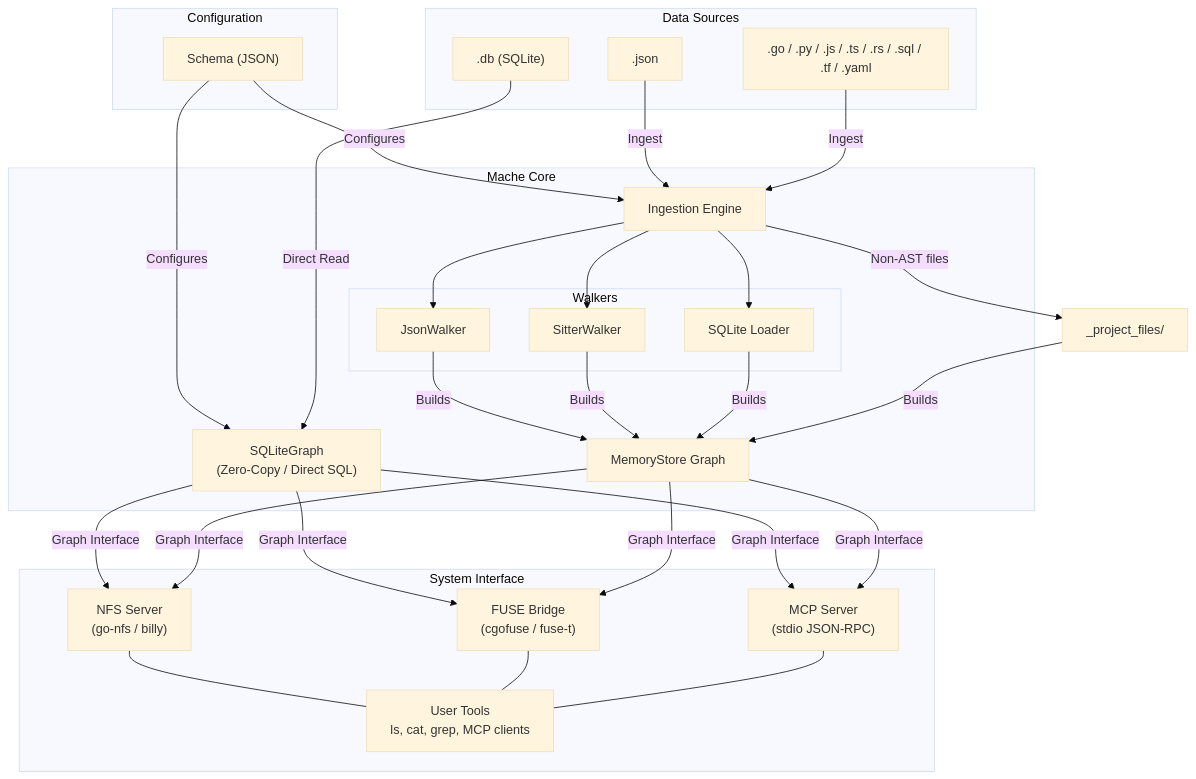
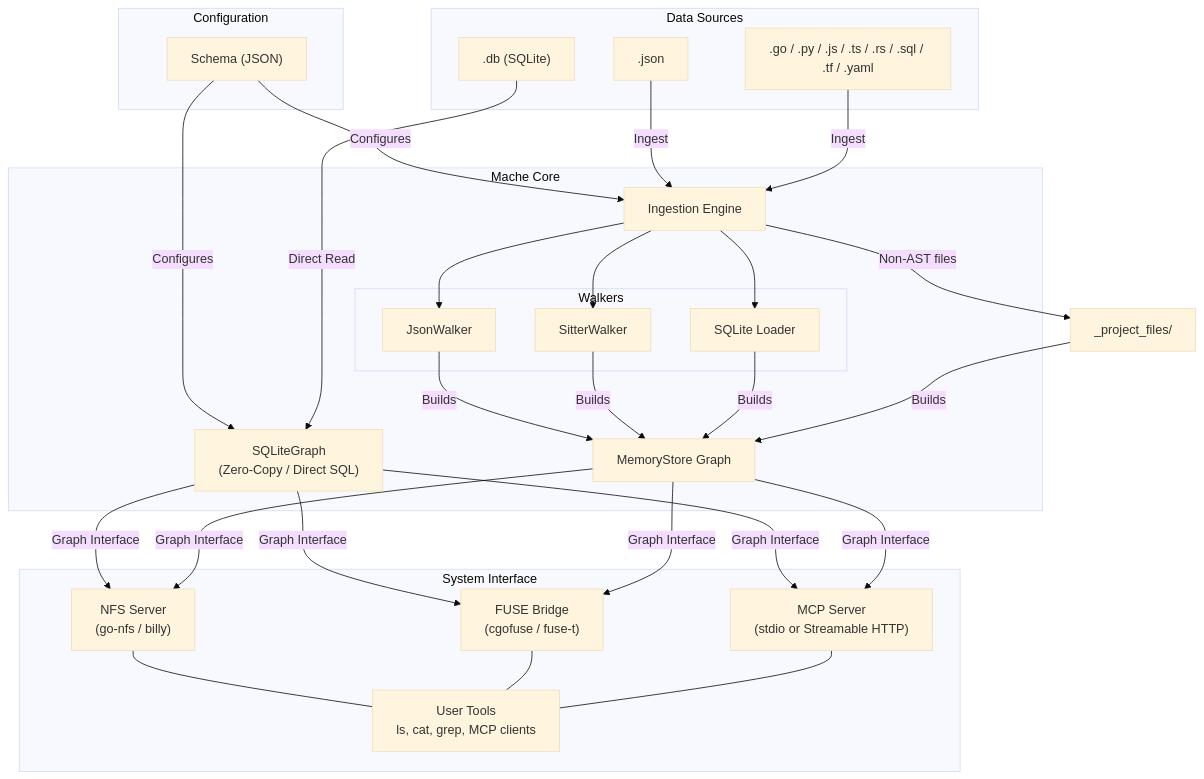
The diagram in docs/ARCHITECTURE.md (agentic-research/mache), drawn with Mermaid (base theme) before and after one commit. The commit also changed other lines of this file and 3 other files, not shown here.

First line of the commit message:
feat: make Streamable HTTP the default MCP transport (#84)

````diff
--- a/docs/ARCHITECTURE.md
+++ b/docs/ARCHITECTURE.md
@@ -5,60 +5,60 @@
 ```mermaid
 graph TD
     subgraph Configuration
         Schema["Schema (JSON)"]
     end
 
     subgraph "Data Sources"
         SQLiteFile[".db (SQLite)"]
         FlatFile[".json"]
         SourceCode[".go / .py / .js / .ts / .rs / .sql / .tf / .yaml"]
     end
 
     subgraph "Mache Core"
         SQLiteGraph["SQLiteGraph<br/>(Zero-Copy / Direct SQL)"]
         Engine[Ingestion Engine]
 
         subgraph "Walkers"
             JW[JsonWalker]
             SW[SitterWalker]
             SL[SQLite Loader]
         end
 
         MemoryStore["MemoryStore Graph"]
     end
 
     subgraph "System Interface"
         NFS["NFS Server<br/>(go-nfs / billy)"]
         FUSE["FUSE Bridge<br/>(cgofuse / fuse-t)"]
-        MCP["MCP Server<br/>(stdio JSON-RPC)"]
+        MCP["MCP Server<br/>(stdio or Streamable HTTP)"]
         Tools["User Tools<br/>ls, cat, grep, MCP clients"]
     end
 
     Schema -->|Configures| SQLiteGraph
     Schema -->|Configures| Engine
 
     SQLiteFile -->|Direct Read| SQLiteGraph
     FlatFile -->|Ingest| Engine
     SourceCode -->|Ingest| Engine
 
     Engine --> JW
     Engine --> SW
     Engine --> SL
 
     JW -->|Builds| MemoryStore
     SW -->|Builds| MemoryStore
     SL -->|Builds| MemoryStore
     Engine -->|"Non-AST files"| ProjectFiles["_project_files/"]
     ProjectFiles -->|Builds| MemoryStore
 
     SQLiteGraph -->|Graph Interface| NFS
     MemoryStore -->|Graph Interface| NFS
     SQLiteGraph -->|Graph Interface| FUSE
     MemoryStore -->|Graph Interface| FUSE
     SQLiteGraph -->|Graph Interface| MCP
     MemoryStore -->|Graph Interface| MCP
 
     NFS --- Tools
     FUSE --- Tools
     MCP --- Tools
 ```
````
